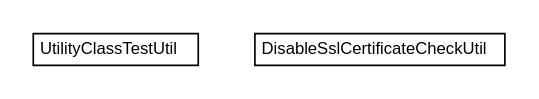
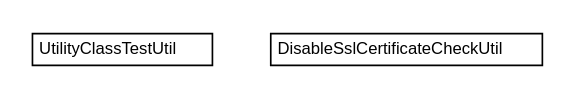
One commit to trajano/commons-testing changed the diagram in apidocs/net/trajano/commons/testing/net.trajano.commons.testing.dot. Above: the diagram before and after it, drawn with Graphviz. The commit also changed 140 other files, not shown here.

```diff
--- a/apidocs/net/trajano/commons/testing/net.trajano.commons.testing.dot
+++ b/apidocs/net/trajano/commons/testing/net.trajano.commons.testing.dot
@@ -1,24 +1,24 @@
 #!/usr/local/bin/dot
 #
 # Class diagram 
 # Generated by UMLGraph version R5_6-24-gf6e263 (http://www.umlgraph.org/)
 #
 
 digraph G {
-	edge [fontname="arial",fontsize=10,labelfontname="arial",labelfontsize=10];
-	node [fontname="arial",fontsize=10,shape=plaintext];
+	edge [fontname="Helvetica",fontsize=10,labelfontname="Helvetica",labelfontsize=10];
+	node [fontname="Helvetica",fontsize=10,shape=plaintext];
 	nodesep=0.25;
 	ranksep=0.5;
 	// net.trajano.commons.testing.UtilityClassTestUtil
 	c0 [label=<<table title="net.trajano.commons.testing.UtilityClassTestUtil" border="0" cellborder="1" cellspacing="0" cellpadding="2" port="p" href="./UtilityClassTestUtil.html">
 		<tr><td><table border="0" cellspacing="0" cellpadding="1">
 <tr><td align="center" balign="center"> UtilityClassTestUtil </td></tr>
 		</table></td></tr>
-		</table>>, URL="./UtilityClassTestUtil.html", fontname="arial", fontcolor="black", fontsize=10.0];
+		</table>>, URL="./UtilityClassTestUtil.html", fontname="Helvetica", fontcolor="black", fontsize=10.0];
 	// net.trajano.commons.testing.DisableSslCertificateCheckUtil
 	c1 [label=<<table title="net.trajano.commons.testing.DisableSslCertificateCheckUtil" border="0" cellborder="1" cellspacing="0" cellpadding="2" port="p" href="./DisableSslCertificateCheckUtil.html">
 		<tr><td><table border="0" cellspacing="0" cellpadding="1">
 <tr><td align="center" balign="center"> DisableSslCertificateCheckUtil </td></tr>
 		</table></td></tr>
-		</table>>, URL="./DisableSslCertificateCheckUtil.html", fontname="arial", fontcolor="black", fontsize=10.0];
+		</table>>, URL="./DisableSslCertificateCheckUtil.html", fontname="Helvetica", fontcolor="black", fontsize=10.0];
 }
```
